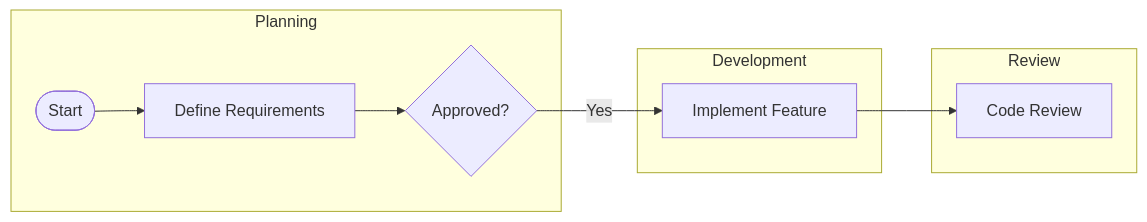
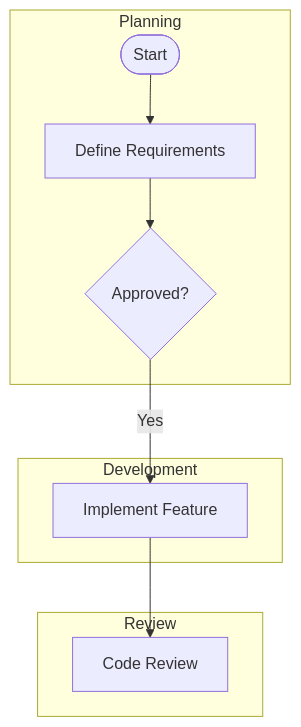
The diagram in notes/123_ffbfede9-3239-4875-8394-8a822f25f226.md (pingpm/mermaid_vault), drawn with Mermaid before and after one commit. The commit also changed 2 other files, not shown here.

Commit message:
Sync Mermaid Studio data (11 diagrams)

````diff
--- a/notes/123_ffbfede9-3239-4875-8394-8a822f25f226.md
+++ b/notes/123_ffbfede9-3239-4875-8394-8a822f25f226.md
@@ -3,19 +3,19 @@
 ```mermaid
-graph LR
+graph TD
   subgraph lane_lane_1["Planning"]
-    t_task_3{"Approved?"}
     t_task_1(["Start"])
     t_task_2["Define Requirements"]
+    t_task_3{"Approved?"}
   end
   subgraph lane_lane_2["Development"]
     t_task_4["Implement Feature"]
   end
   subgraph lane_lane_3["Review"]
     t_task_5["Code Review"]
   end
   t_task_1 --> t_task_2
   t_task_2 --> t_task_3
   t_task_3 -->|"Yes"| t_task_4
   t_task_4 --> t_task_5
 
 ```
````
